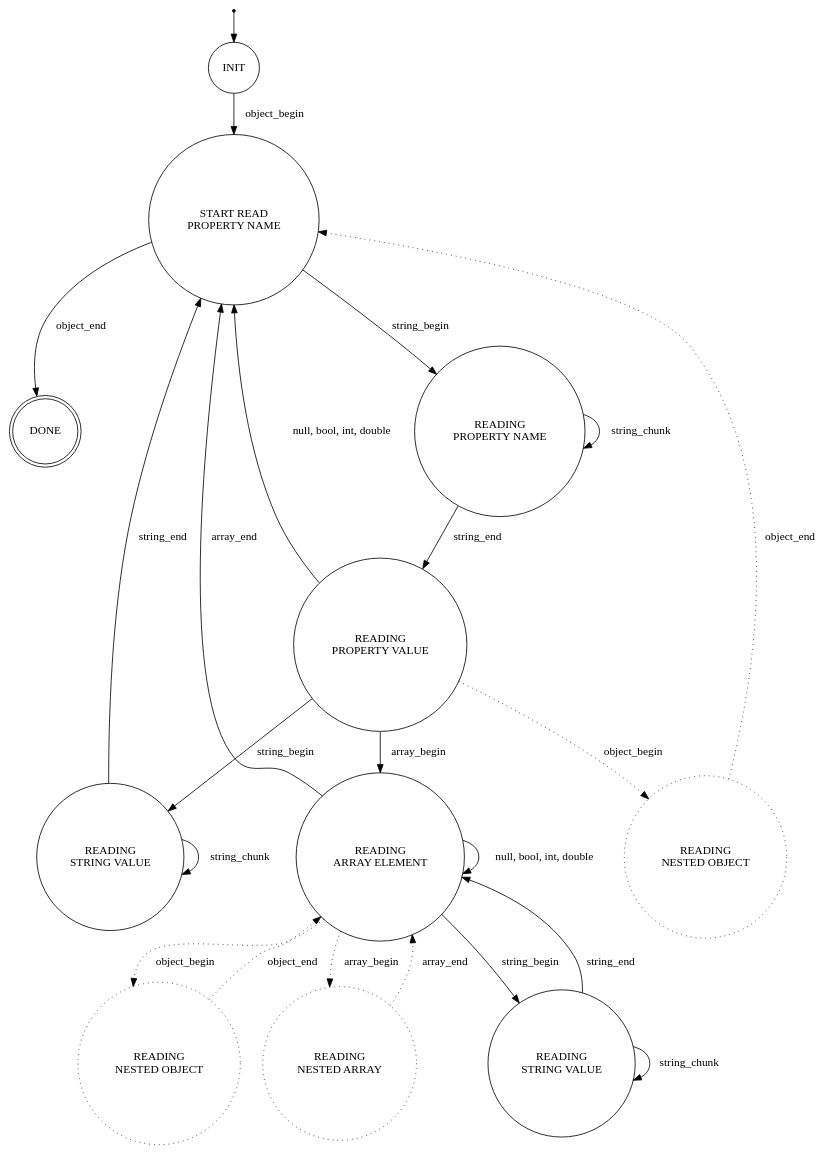
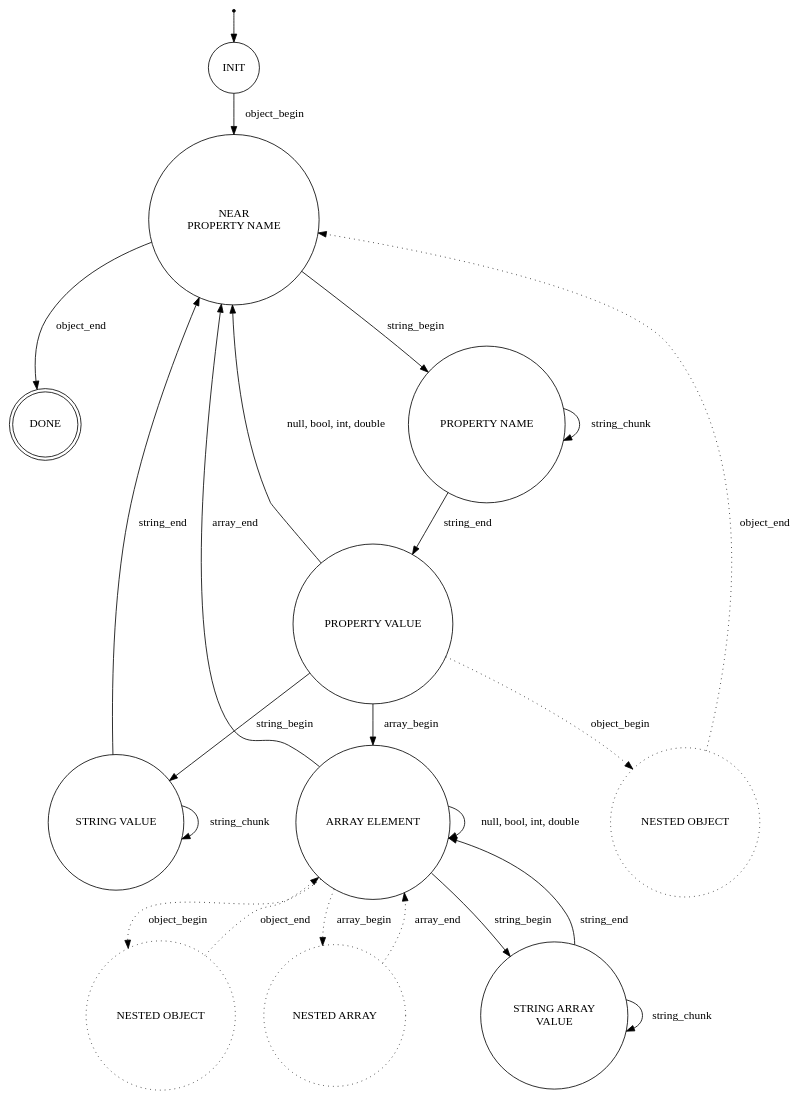
The diagram in doc/reader-fsm.dot (ivochkin/jcppy), drawn with Graphviz before and after one commit.

Commit message:
doc: Update reader fsm

```diff
--- a/doc/reader-fsm.dot
+++ b/doc/reader-fsm.dot
@@ -1,54 +1,54 @@
 /*
  */
 digraph finite_state_machine {
   node [shape=point]; entry
 
   node [shape=doublecircle label="DONE"] done;
 
   node [shape=circle label="INIT"] init;
-  node [label="START READ\nPROPERTY NAME"] start_read_property_name;
-  node [label="READING\nPROPERTY NAME"] reading_property_name;
-  node [label="READING\nPROPERTY VALUE"] reading_property_value;
-	node [label="READING\nSTRING VALUE"] reading_string_value;
-	node [label="READING\nNESTED OBJECT" style=dotted] reading_nested_object;
-	node [label="READING\nARRAY ELEMENT" style=solid] reading_array_element;
-	node [label="READING\nNESTED OBJECT" style=dotted]
-		reading_array_nested_object;
-	node [label="READING\nNESTED ARRAY" style=dotted]
-		reading_array_nested_array;
-	node [label="READING\nSTRING VALUE" style=solid] reading_array_string_value;
+  node [label="NEAR\nPROPERTY NAME"] start_read_property_name;
+  node [label="PROPERTY NAME"] reading_property_name;
+  node [label="PROPERTY VALUE"] reading_property_value;
+  node [label="STRING VALUE"] reading_string_value;
+  node [label="NESTED OBJECT" style=dotted] reading_nested_object;
+  node [label="ARRAY ELEMENT" style=solid] reading_array_element;
+  node [label="NESTED OBJECT" style=dotted]
+    reading_array_nested_object;
+  node [label="NESTED ARRAY" style=dotted]
+    reading_array_nested_array;
+  node [label="STRING ARRAY\nVALUE" style=solid] reading_string_array_value;
 
   entry -> init;
 
   init -> start_read_property_name [label=" object_begin "];
-	start_read_property_name -> reading_property_name [label=" string_begin "];
-	start_read_property_name -> done [label=" object_end "];
-	reading_property_name -> reading_property_name [label=" string_chunk "];
-	reading_property_name -> reading_property_value [label=" string_end "];
-	reading_property_value -> start_read_property_name
-		[label= " null, bool, int, double "];
-	reading_property_value -> reading_string_value [label=" string_begin "];
-	reading_string_value -> reading_string_value [label=" string_chunk "];
-	reading_string_value -> start_read_property_name [label=" string_end "];
-	reading_property_value -> reading_nested_object
-		[style=dotted label=" object_begin "];
-	reading_nested_object -> start_read_property_name
-		[style=dotted label=" object_end "];
-	reading_property_value -> reading_array_element
-		[style=solid label=" array_begin "];
-	reading_array_element -> reading_array_nested_object
-		[style=dotted label=" object_begin "];
-	reading_array_nested_object -> reading_array_element
-		[style=dotted label=" object_end "];
-	reading_array_element -> reading_array_nested_array
-		[style=dotted label=" array_begin "];
-	reading_array_nested_array -> reading_array_element
-		[style=dotted label=" array_end "];
-	reading_array_element -> reading_array_element
-		[label= " null, bool, int, double "];
-	reading_array_element -> reading_array_string_value [label=" string_begin "];
-	reading_array_string_value -> reading_array_string_value
-		[label=" string_chunk"];
-	reading_array_string_value -> reading_array_element [label=" string_end"];
-	reading_array_element -> start_read_property_name [label=" array_end "];
+  start_read_property_name -> reading_property_name [label=" string_begin "];
+  start_read_property_name -> done [label=" object_end "];
+  reading_property_name -> reading_property_name [label=" string_chunk "];
+  reading_property_name -> reading_property_value [label=" string_end "];
+  reading_property_value -> start_read_property_name
+    [label= " null, bool, int, double "];
+  reading_property_value -> reading_string_value [label=" string_begin "];
+  reading_string_value -> reading_string_value [label=" string_chunk "];
+  reading_string_value -> start_read_property_name [label=" string_end "];
+  reading_property_value -> reading_nested_object
+    [style=dotted label=" object_begin "];
+  reading_nested_object -> start_read_property_name
+    [style=dotted label=" object_end "];
+  reading_property_value -> reading_array_element
+    [style=solid label=" array_begin "];
+  reading_array_element -> reading_array_nested_object
+    [style=dotted label=" object_begin "];
+  reading_array_nested_object -> reading_array_element
+    [style=dotted label=" object_end "];
+  reading_array_element -> reading_array_nested_array
+    [style=dotted label=" array_begin "];
+  reading_array_nested_array -> reading_array_element
+    [style=dotted label=" array_end "];
+  reading_array_element -> reading_array_element
+    [label= " null, bool, int, double "];
+  reading_array_element -> reading_string_array_value [label=" string_begin "];
+  reading_string_array_value -> reading_string_array_value
+    [label=" string_chunk"];
+  reading_string_array_value -> reading_array_element [label=" string_end"];
+  reading_array_element -> start_read_property_name [label=" array_end "];
 }
```
